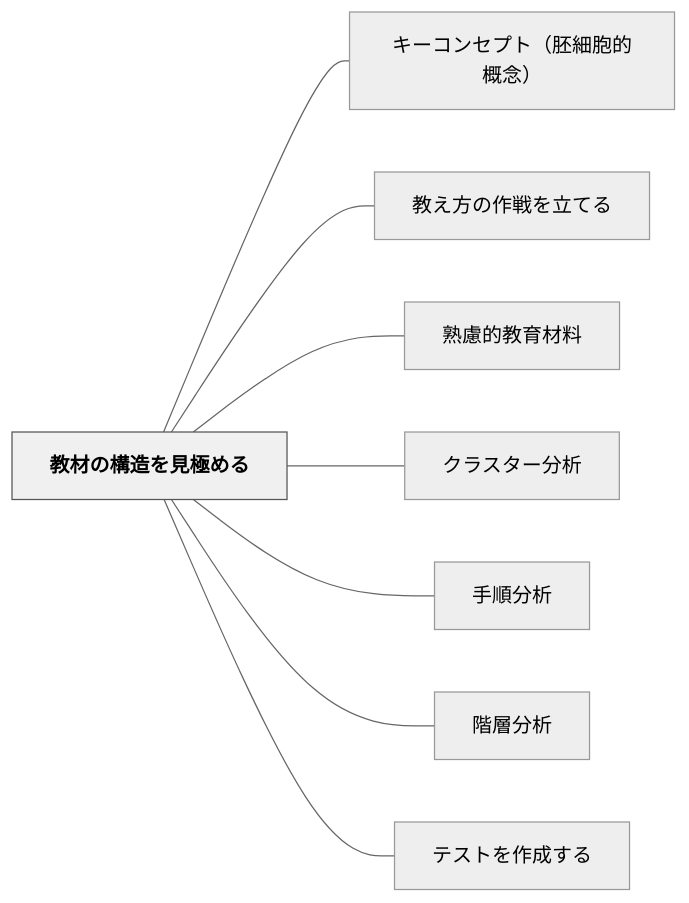
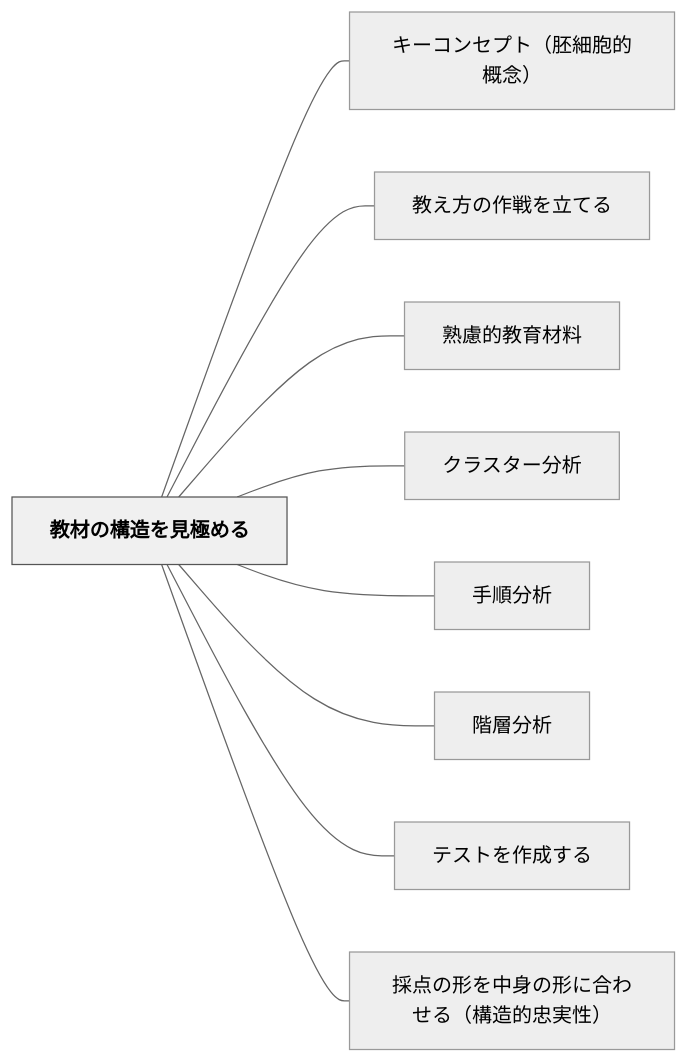
Before and after one commit to unknownthings-ed-patterns/unknownthings-ed-patterns: the diagram in content/パタン/教材の構造を見極める.md, drawn with Mermaid (neutral theme). The commit also changed other lines of this file and 17 other files, not shown here.

````diff
--- a/content/パタン/教材の構造を見極める.md
+++ b/content/パタン/教材の構造を見極める.md
@@ -47,22 +49,24 @@
 ```mermaid
 flowchart LR
     ne69599e69d90e381aee6a78be980a0e38292e8a68be6a5b5e38281e3828b["教材の構造を見極める"]
     ne382ade383bce382b3e383b3e382bbe38397e38388efbc88e8839ae7b4b0e8839ee79a84e6a682e5bfb5efbc89["キーコンセプト（胚細胞的概念）"]
     ne69599e38188e696b9e381aee4bd9ce688a6e38292e7ab8be381a6e3828b["教え方の作戦を立てる"]
     ne7869fe685aee79a84e69599e882b2e69d90e69699["熟慮的教育材料"]
     ne382afe383a9e382b9e382bfe383bce58886e69e90["クラスター分析"]
     ne6898be9a086e58886e69e90["手順分析"]
     ne99a8ee5b1a4e58886e69e90["階層分析"]
     ne38386e382b9e38388e38292e4bd9ce68890e38199e3828b["テストを作成する"]
+    ne68ea1e782b9e381aee5bda2e38292e4b8ade8baabe381aee5bda2e381abe59088e3828fe3819be3828befbc88e6a78be980a0e79a84e5bfa0e5ae9fe680a7efbc89["採点の形を中身の形に合わせる（構造的忠実性）"]
 
     ne69599e69d90e381aee6a78be980a0e38292e8a68be6a5b5e38281e3828b --- ne382ade383bce382b3e383b3e382bbe38397e38388efbc88e8839ae7b4b0e8839ee79a84e6a682e5bfb5efbc89
     ne69599e69d90e381aee6a78be980a0e38292e8a68be6a5b5e38281e3828b --- ne69599e38188e696b9e381aee4bd9ce688a6e38292e7ab8be381a6e3828b
     ne69599e69d90e381aee6a78be980a0e38292e8a68be6a5b5e38281e3828b --- ne7869fe685aee79a84e69599e882b2e69d90e69699
     ne69599e69d90e381aee6a78be980a0e38292e8a68be6a5b5e38281e3828b --- ne382afe383a9e382b9e382bfe383bce58886e69e90
     ne69599e69d90e381aee6a78be980a0e38292e8a68be6a5b5e38281e3828b --- ne6898be9a086e58886e69e90
     ne69599e69d90e381aee6a78be980a0e38292e8a68be6a5b5e38281e3828b --- ne99a8ee5b1a4e58886e69e90
     ne69599e69d90e381aee6a78be980a0e38292e8a68be6a5b5e38281e3828b --- ne38386e382b9e38388e38292e4bd9ce68890e38199e3828b
+    ne69599e69d90e381aee6a78be980a0e38292e8a68be6a5b5e38281e3828b --- ne68ea1e782b9e381aee5bda2e38292e4b8ade8baabe381aee5bda2e381abe59088e3828fe3819be3828befbc88e6a78be980a0e79a84e5bfa0e5ae9fe680a7efbc89
 
     classDef hub fill:#f0f0f0,stroke:#555,color:#000,font-weight:bold
     class ne69599e69d90e381aee6a78be980a0e38292e8a68be6a5b5e38281e3828b hub
 ```
````
